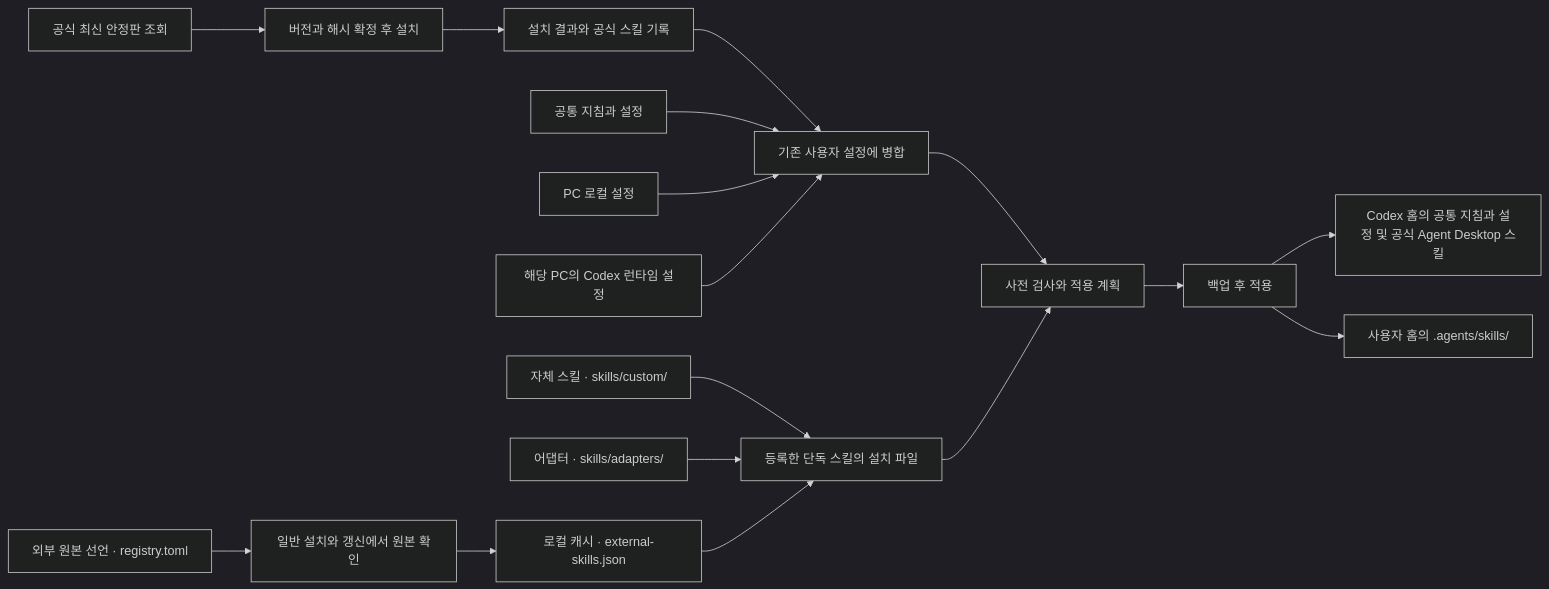
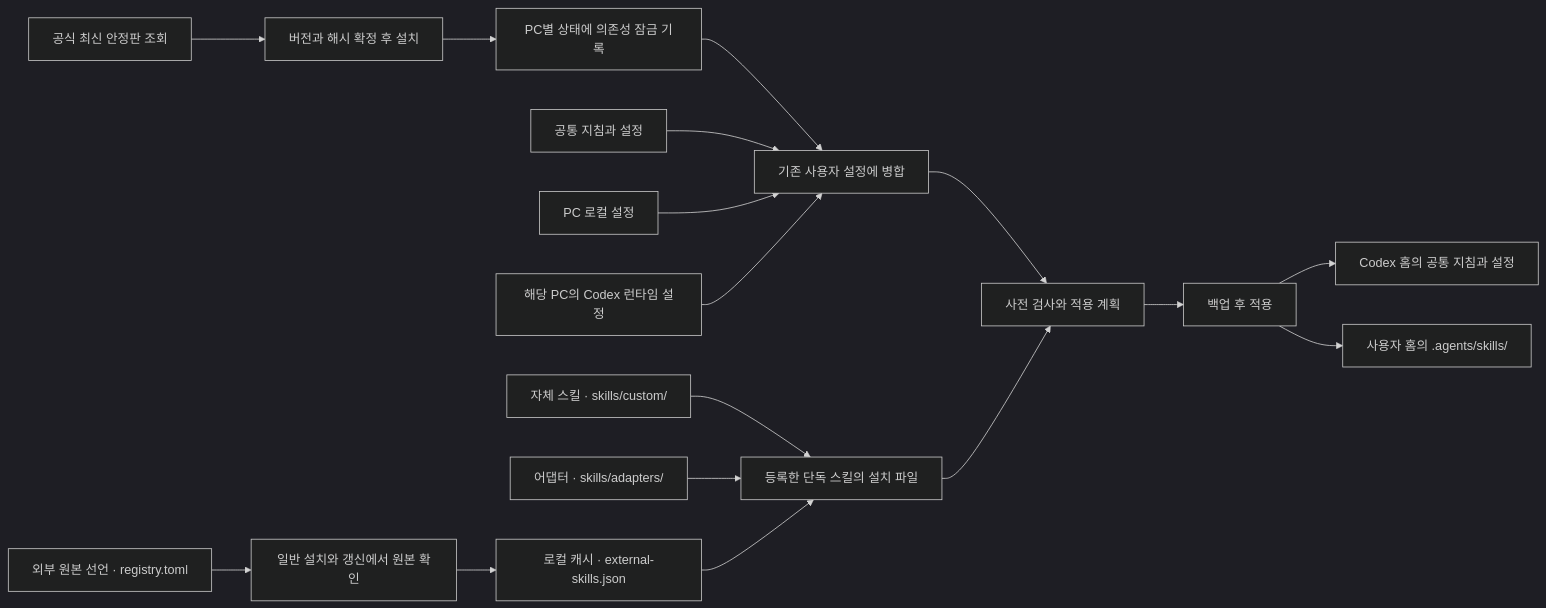
Before and after one commit to tttaliesin/personal-harness: the second of 2 diagrams in README.md, drawn with Mermaid (dark theme). The commit also changed other lines of this file and 36 other files, not shown here.

Commit message:
Remove Agent Desktop from the harness

````diff
--- a/README.md
+++ b/README.md
@@ -210,19 +210,19 @@
 ```mermaid
 flowchart LR
     U[공식 최신 안정판 조회] --> I[버전과 해시 확정 후 설치]
-    I --> L[설치 결과와 공식 스킬 기록]
+    I --> L[PC별 상태에 의존성 잠금 기록]
     L --> M[기존 사용자 설정에 병합]
     C[공통 지침과 설정] --> M
     H[PC 로컬 설정] --> M
     R[해당 PC의 Codex 런타임 설정] --> M
     M --> P[사전 검사와 적용 계획]
     SC["자체 스킬 · skills/custom/"] --> S
     SA["어댑터 · skills/adapters/"] --> S
     SU["외부 원본 선언 · registry.toml"] --> F["일반 설치와 갱신에서 원본 확인"]
     F --> E["로컬 캐시 · external-skills.json"]
     E --> S
     S[등록한 단독 스킬의 설치 파일] --> P
     P --> A[백업 후 적용]
-    A --> O[Codex 홈의 공통 지침과 설정 및 공식 Agent Desktop 스킬]
+    A --> O[Codex 홈의 공통 지침과 설정]
     A --> D["사용자 홈의 .agents/skills/"]
 ```
````
